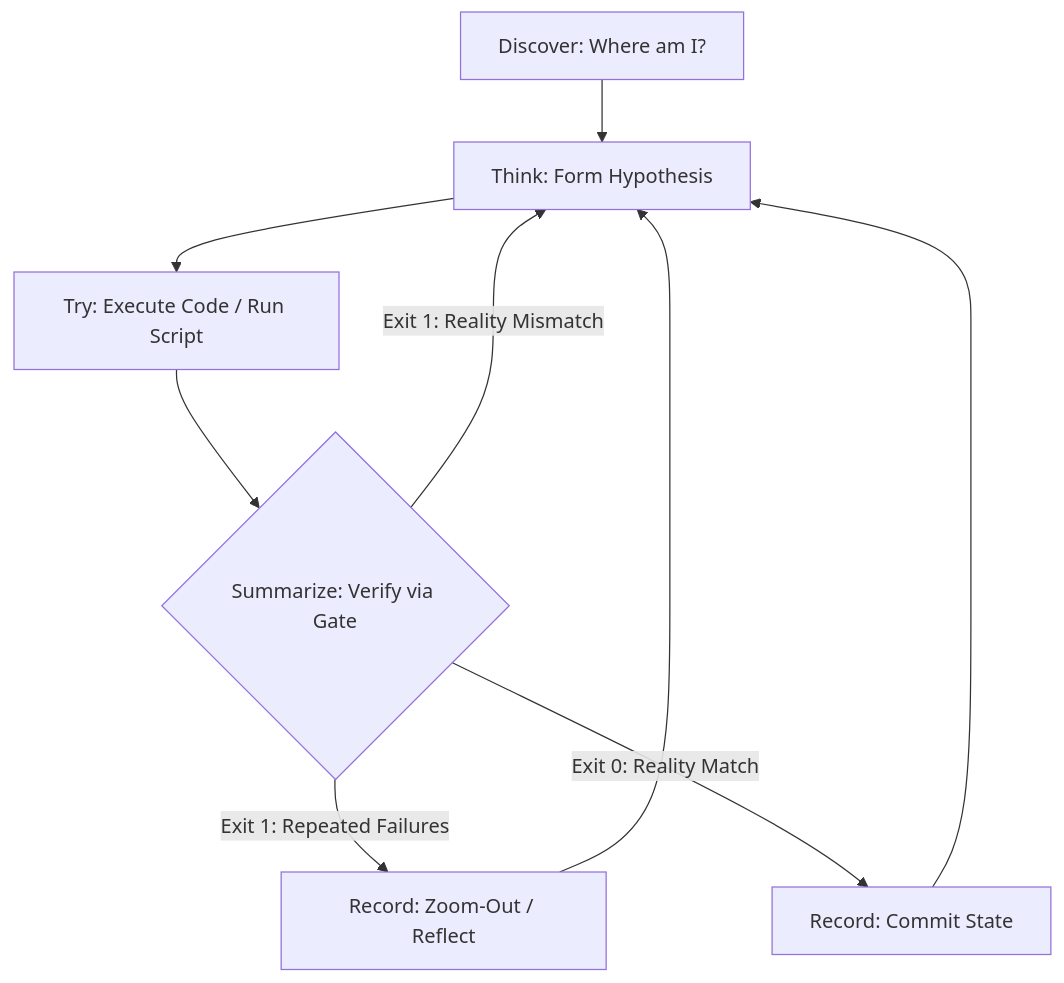
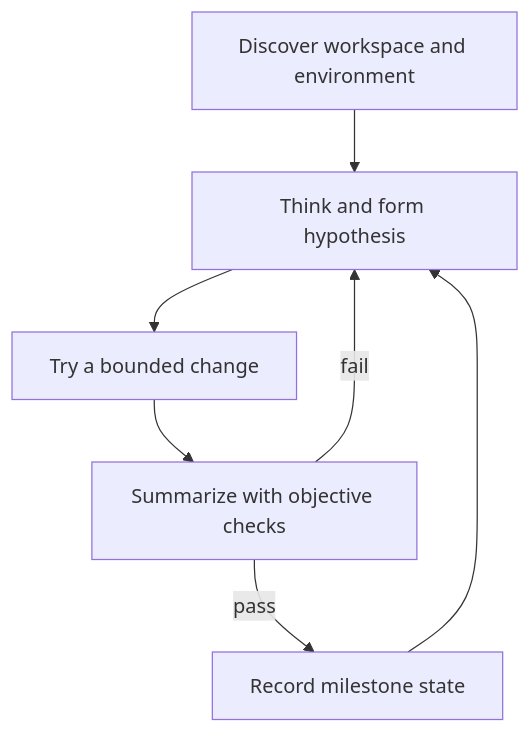
One commit to dyphn1/Harness-everything changed the diagram in install-cognitive-os/references/cognitive-loop.md. Above: the diagram before and after it, drawn with Mermaid. The commit also changed other lines of this file and 47 other files, not shown here.

````diff
--- a/install-cognitive-os/references/cognitive-loop.md
+++ b/install-cognitive-os/references/cognitive-loop.md
@@ -8,12 +13,9 @@
 ```mermaid
 flowchart TD
-    State_Awake[Discover: Where am I?] --> State_Think[Think: Form Hypothesis]
-    State_Think --> State_Try[Try: Execute Code / Run Script]
-    State_Try --> Gate{Summarize: Verify via Gate}
-
-    Gate -->|Exit 1: Reality Mismatch| State_Think
-    Gate -->|Exit 1: Repeated Failures| ZoomOut[Record: Zoom-Out / Reflect]
-    ZoomOut --> State_Think
-    Gate -->|Exit 0: Reality Match| State_Record[Record: Commit State]
-    State_Record --> State_Think
+  Discover[Discover workspace and environment] --> Think[Think and form hypothesis]
+  Think --> Try[Try a bounded change]
+  Try --> Summarize[Summarize with objective checks]
+  Summarize -->|pass| Record[Record milestone state]
+  Summarize -->|fail| Think
+  Record --> Think
 ```
````
